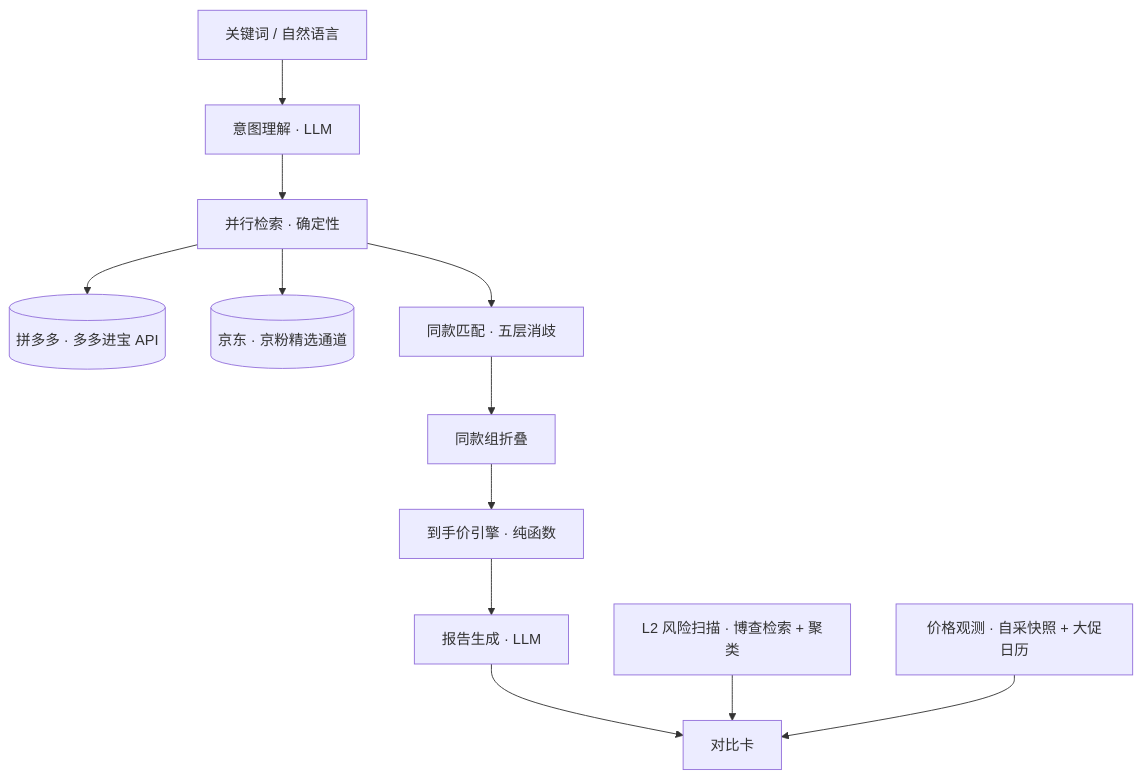
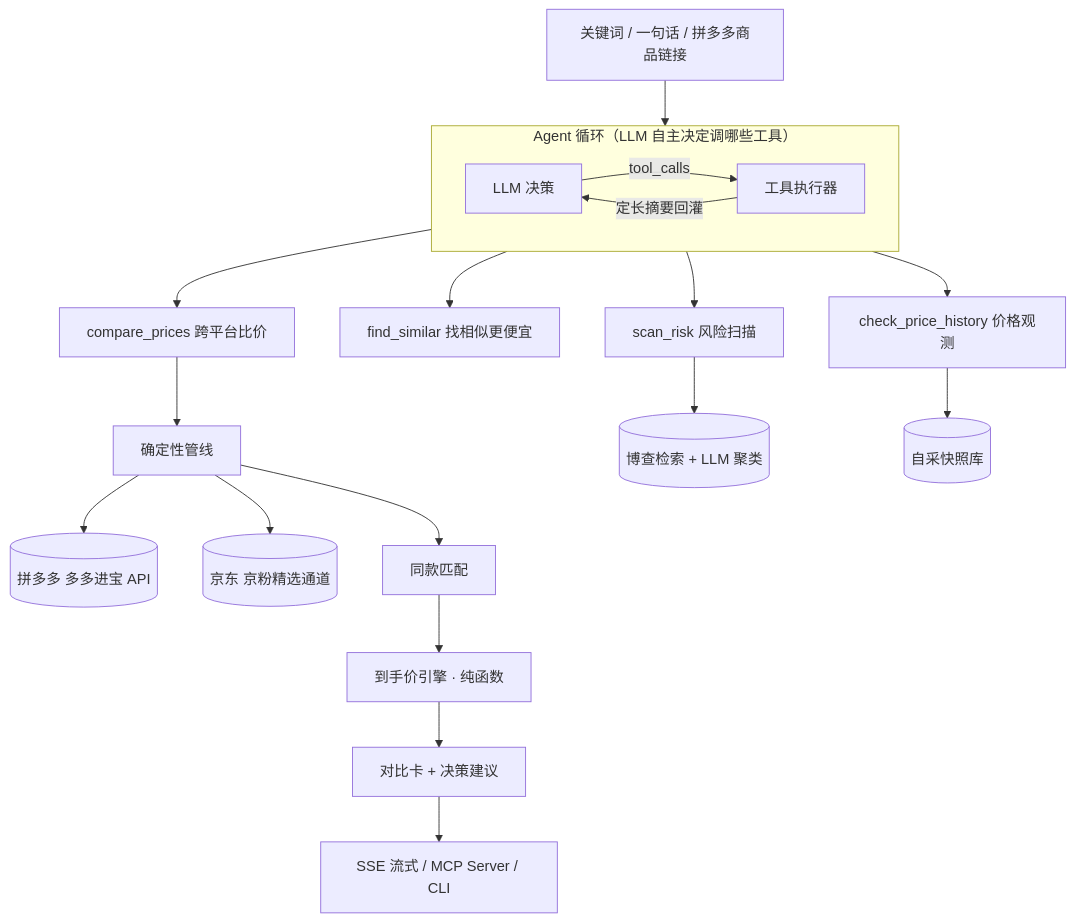
The diagram in README.md (SSNN666/PriceRadar), drawn with Mermaid before and after one commit. The commit also changed other lines of this file and 1 other file, not shown here.

First line of the commit message:
docs: README 全面重写（补上 Agent 能力，修正过期数字）

````diff
--- a/README.md
+++ b/README.md
@@ -10,14 +11,27 @@
 ```mermaid
 flowchart TB
-  U[关键词 / 自然语言] --> INT[意图理解 · LLM]
-  INT --> S[并行检索 · 确定性]
-  S --> PDD[(拼多多 · 多多进宝 API)]
-  S --> JD[(京东 · 京粉精选通道)]
-  S --> M[同款匹配 · 五层消歧]
-  M --> GRP[同款组折叠]
-  GRP --> ENG[到手价引擎 · 纯函数]
-  ENG --> RPT[报告生成 · LLM]
-  RPT --> CARD[对比卡]
-  RISK[L2 风险扫描 · 博查检索 + 聚类] --> CARD
-  SNAP[价格观测 · 自采快照 + 大促日历] --> CARD
+  Q[关键词 / 一句话 / 拼多多商品链接] --> LOOP
+
+  subgraph LOOP["Agent 循环（LLM 自主决定调哪些工具）"]
+    direction LR
+    D[LLM 决策] -->|tool_calls| T[工具执行器]
+    T -->|定长摘要回灌| D
+  end
+
+  T --> C1[compare_prices 跨平台比价]
+  T --> C2[find_similar 找相似更便宜]
+  T --> C3[scan_risk 风险扫描]
+  T --> C4[check_price_history 价格观测]
+
+  C1 --> PIPE[确定性管线]
+  PIPE --> P1[(拼多多 多多进宝 API)]
+  PIPE --> P2[(京东 京粉精选通道)]
+  PIPE --> M[同款匹配]
+  M --> ENG[到手价引擎 · 纯函数]
+  ENG --> CARD[对比卡 + 决策建议]
+
+  C3 --> SEARCH[(博查检索 + LLM 聚类)]
+  C4 --> SNAP[(自采快照库)]
+
+  CARD --> OUT[SSE 流式 / MCP Server / CLI]
 ```
````
